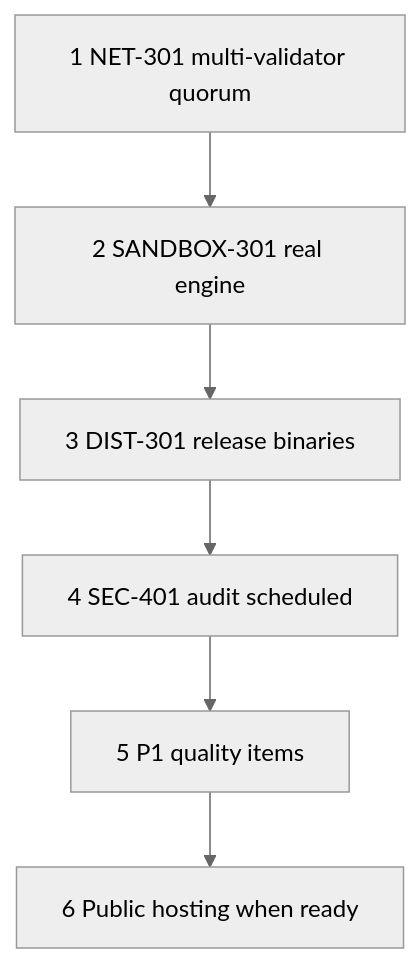
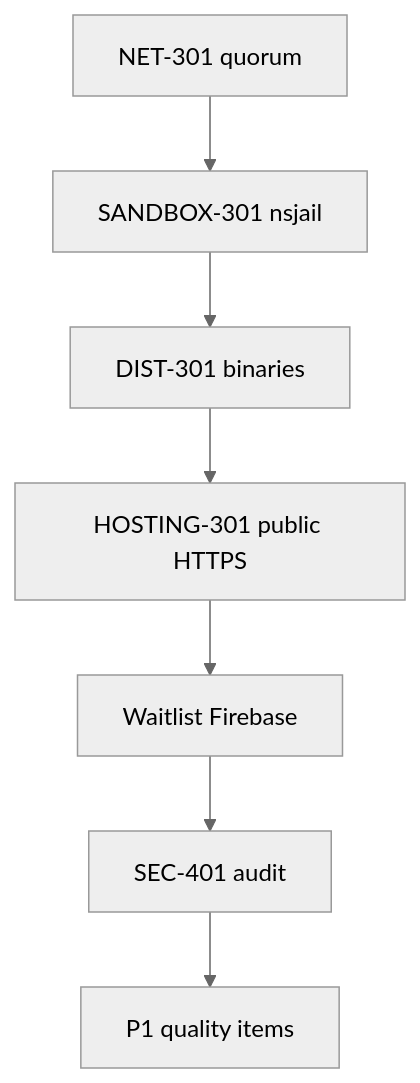
One commit to samuel-1-avson/chain-registry-blockchain-CREG- changed the diagram in docs/NEXT_WORK.md. Above: the diagram before and after it, drawn with Mermaid (neutral theme). The commit also changed other lines of this file and 65 other files, not shown here.

````diff
--- a/docs/NEXT_WORK.md
+++ b/docs/NEXT_WORK.md
@@ -81,8 +83,9 @@
 ```mermaid
 flowchart TD
-    S1[1 NET-301 multi-validator quorum] --> S2[2 SANDBOX-301 real engine]
-    S2 --> S3[3 DIST-301 release binaries]
-    S3 --> S4[4 SEC-401 audit scheduled]
-    S4 --> S5[5 P1 quality items]
-    S5 --> S6[6 Public hosting when ready]
+    S1[NET-301 quorum] --> S2[SANDBOX-301 nsjail]
+    S2 --> S3[DIST-301 binaries]
+    S3 --> S4[HOSTING-301 public HTTPS]
+    S4 --> S5[Waitlist Firebase]
+    S5 --> S6[SEC-401 audit]
+    S6 --> S7[P1 quality items]
 ```
````
